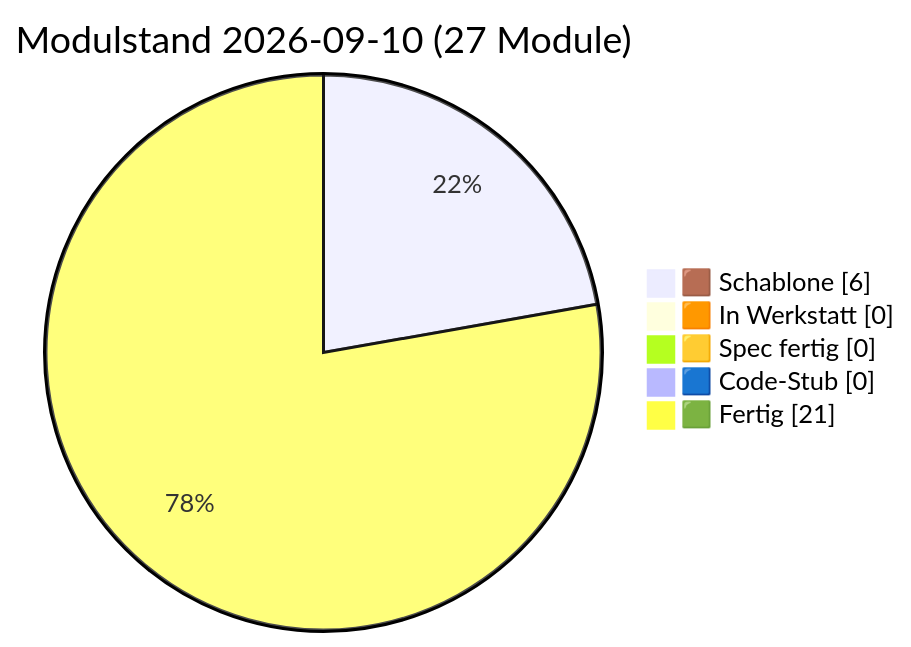
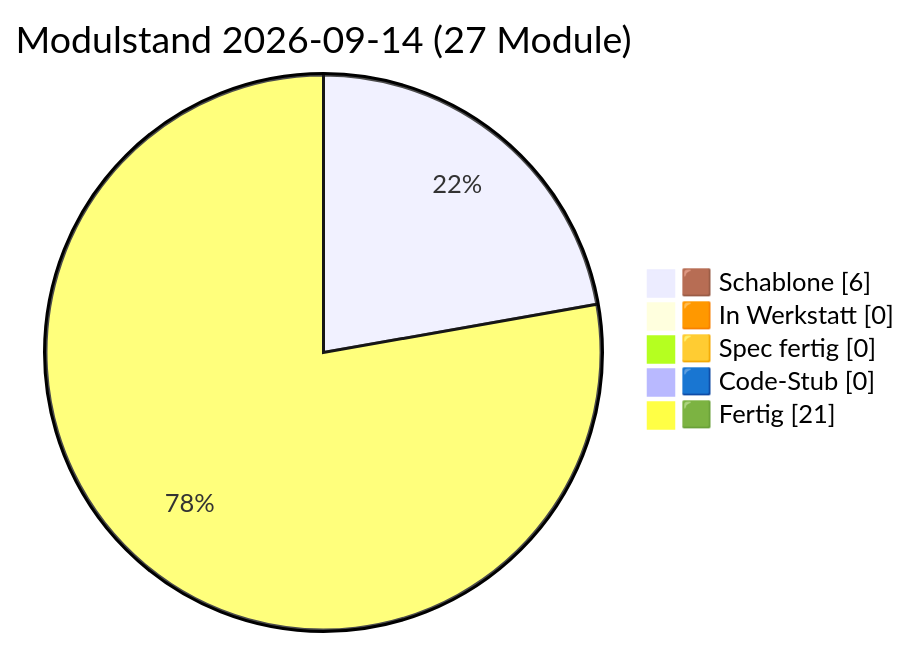
One commit to lausiklauskn-png/Sage-Protokol changed the diagram in docs/PULS.md. Above: the diagram before and after it, drawn with Mermaid. The commit also changed other lines of this file and 3 other files, not shown here.

````diff
--- a/docs/PULS.md
+++ b/docs/PULS.md
@@ -21,9 +21,9 @@
 ```mermaid
 pie showData
-  title Modulstand 2026-09-10 (27 Module)
+  title Modulstand 2026-09-14 (27 Module)
   "🟫 Schablone" : 6
   "🟧 In Werkstatt" : 0
   "🟨 Spec fertig" : 0
   "🟦 Code-Stub" : 0
   "🟩 Fertig" : 21
 ```
````
